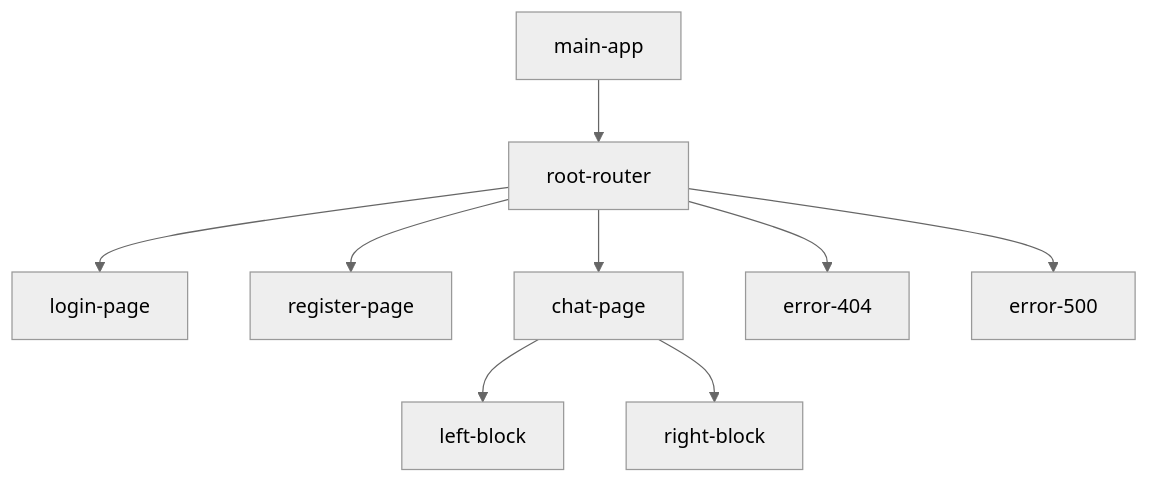
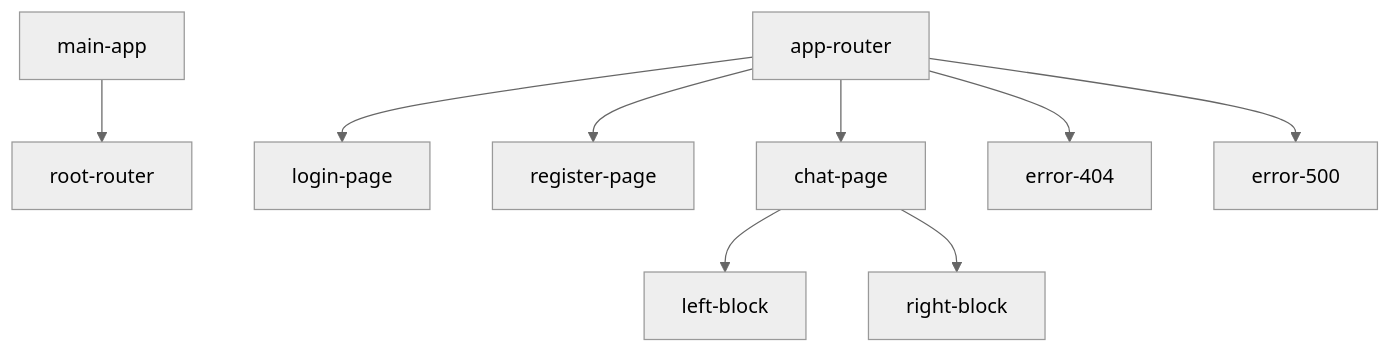
Before and after one commit to mrNote23/middle.messenger.praktikum.yandex: the diagram in README.md, drawn with Mermaid (neutral theme). The commit also changed 6 other files, not shown here.

````diff
--- a/README.md
+++ b/README.md
@@ -102,12 +102,12 @@
 ```mermaid
 flowchart TD
     main-app --> root-router
-    root-router --> login-page
-    root-router --> register-page
-    root-router --> chat-page
-    root-router --> error-404
-    root-router --> error-500
+    app-router --> login-page
+    app-router --> register-page
+    app-router --> chat-page
+    app-router --> error-404
+    app-router --> error-500
     chat-page --> left-block
     chat-page --> right-block
 
 ```
````
